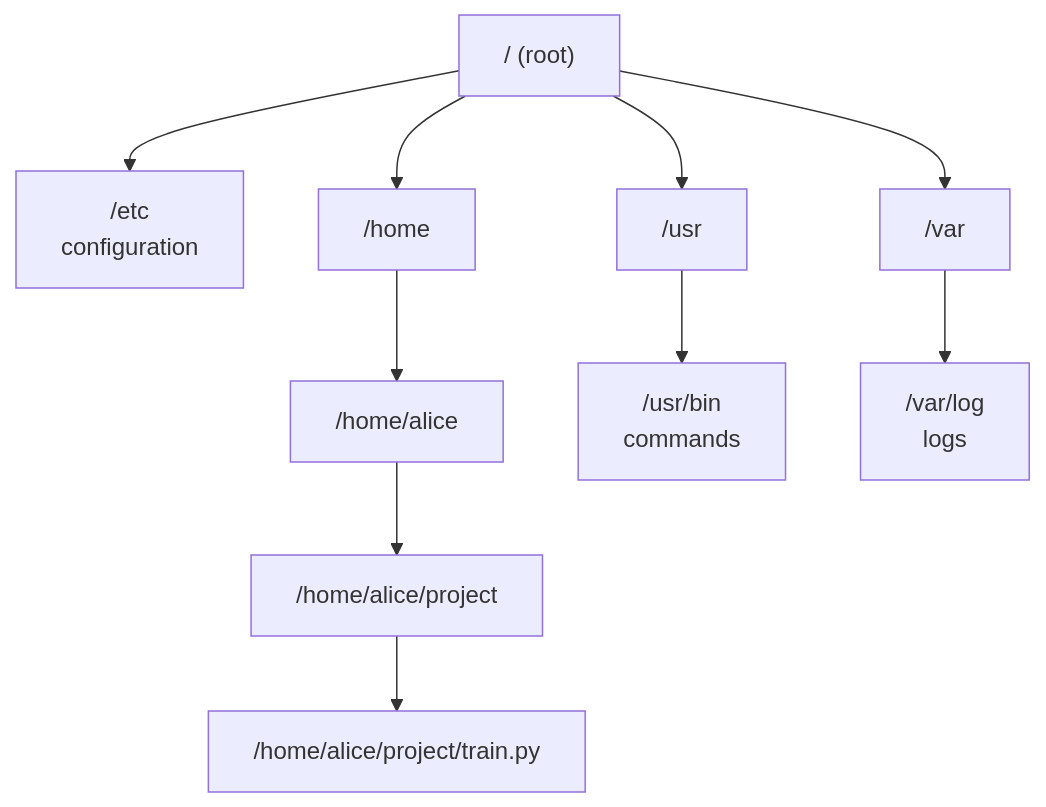
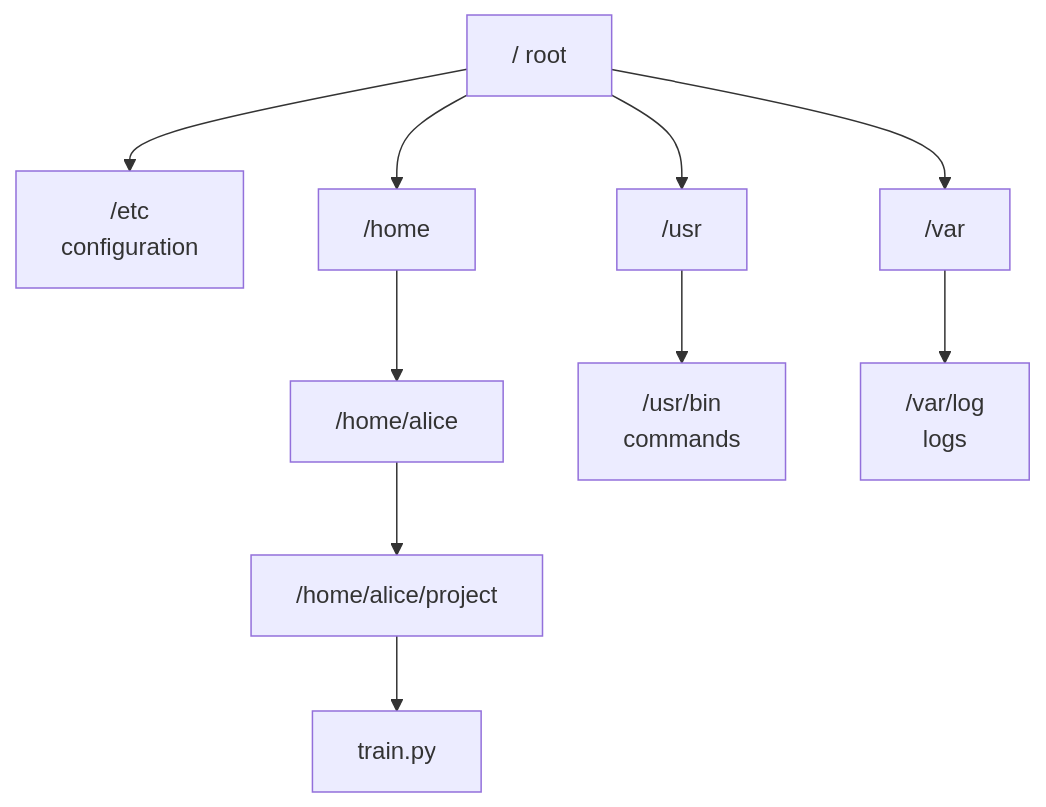
The first of 2 diagrams in docs/part-01-linux/03-files-and-the-directory-hierarchy-paths-links-inodes.md (jithinpnjm/ai-infra-handbook), drawn with Mermaid before and after one commit. The commit also changed other lines of this file and 8 other files, not shown here.

````diff
--- a/docs/part-01-linux/03-files-and-the-directory-hierarchy-paths-links-inodes.md
+++ b/docs/part-01-linux/03-files-and-the-directory-hierarchy-paths-links-inodes.md
@@ -38,12 +43,12 @@
 ```mermaid
 flowchart TB
-  R["/ (root)"] --> etc["/etc<br/>configuration"]
+  R["/ root"] --> etc["/etc<br/>configuration"]
   R --> home["/home"]
   R --> usr["/usr"]
   R --> var["/var"]
   home --> alice["/home/alice"]
   alice --> proj["/home/alice/project"]
-  proj --> f["/home/alice/project/train.py"]
+  proj --> f["train.py"]
   usr --> bin["/usr/bin<br/>commands"]
   var --> log["/var/log<br/>logs"]
 ```
````
